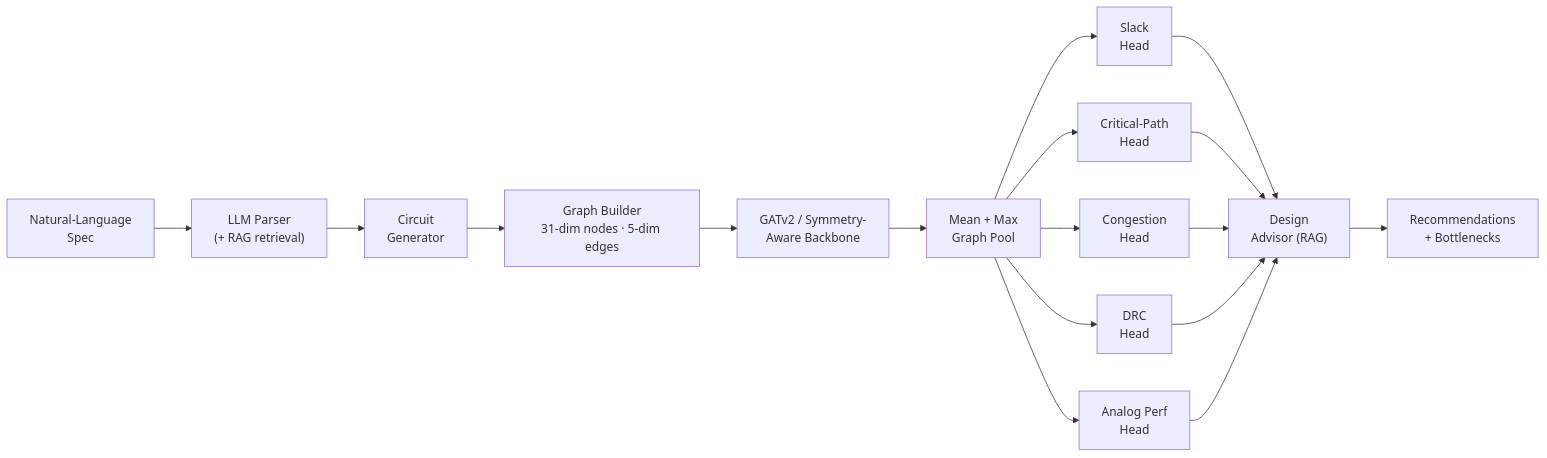
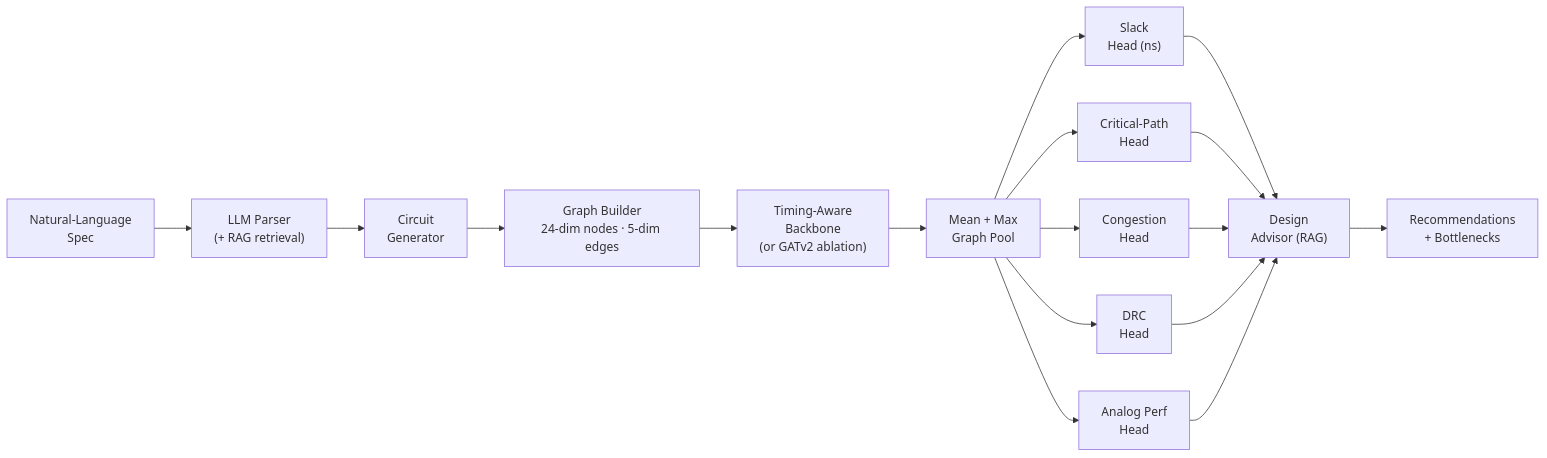
One commit to DevDesai444/NetSTA changed the diagram in README.md. Above: the diagram before and after it, drawn with Mermaid. The commit also changed other lines of this file, not shown here.

First line of the commit message:
Refresh README for the current schema and architecture

````diff
--- a/README.md
+++ b/README.md
@@ -83,24 +116,24 @@
 ```mermaid
 graph LR
     NL["Natural-Language<br/>Spec"]
     Parser["LLM Parser<br/>(+ RAG retrieval)"]
     Gen["Circuit<br/>Generator"]
-    GB["Graph Builder<br/>31-dim nodes · 5-dim edges"]
-    Backbone["GATv2 / Symmetry-<br/>Aware Backbone"]
+    GB["Graph Builder<br/>24-dim nodes · 5-dim edges"]
+    Backbone["Timing-Aware<br/>Backbone<br/>(or GATv2 ablation)"]
     Pool["Mean + Max<br/>Graph Pool"]
-    Slack["Slack<br/>Head"]
+    Slack["Slack<br/>Head (ns)"]
     CP["Critical-Path<br/>Head"]
     Cong["Congestion<br/>Head"]
     DRC["DRC<br/>Head"]
     Analog["Analog Perf<br/>Head"]
     Advisor["Design<br/>Advisor (RAG)"]
     Recs["Recommendations<br/>+ Bottlenecks"]
 
     NL --> Parser --> Gen --> GB --> Backbone --> Pool
     Pool --> Slack --> Advisor
     Pool --> CP --> Advisor
     Pool --> Cong --> Advisor
     Pool --> DRC --> Advisor
     Pool --> Analog --> Advisor
     Advisor --> Recs
 ```
````
